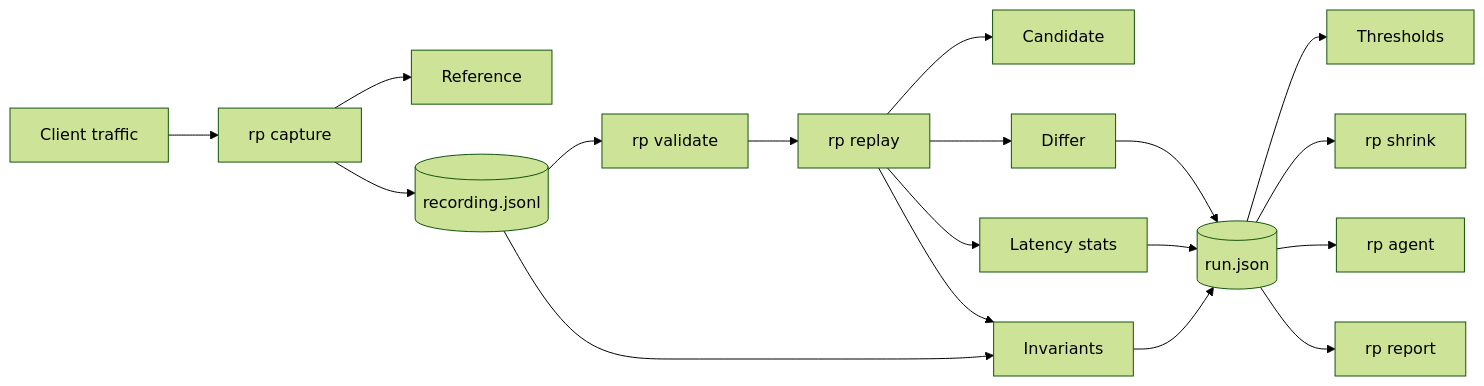
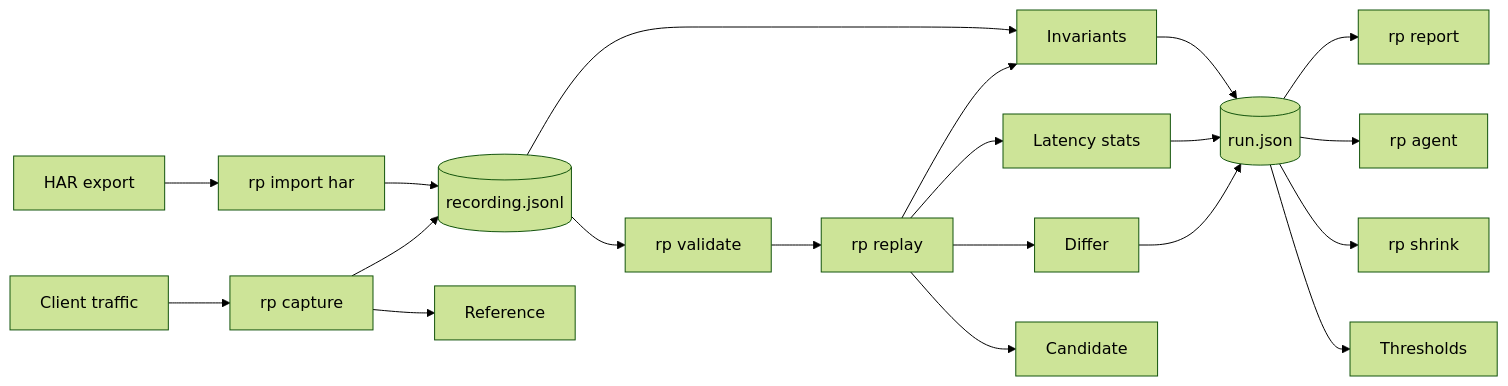
The diagram in README.md (lostmineinteractive/replay-parity), drawn with Mermaid (forest theme) before and after one commit. The commit also changed other lines of this file and 1 other file, not shown here.

````diff
--- a/README.md
+++ b/README.md
@@ -7,20 +7,22 @@
 ```mermaid
 flowchart LR
   client[Client traffic] --> capture[rp capture]
+  har[HAR export] --> import[rp import har]
+  import --> recording
   capture --> reference[Reference]
   capture --> recording[(recording.jsonl)]
   recording --> validate[rp validate]
   validate --> replay[rp replay]
   replay --> candidate[Candidate]
   replay --> differ[Differ]
   replay --> stats[Latency stats]
   recording --> invariants[Invariants]
   replay --> invariants
   differ --> run[(run.json)]
   stats --> run
   invariants --> run
   run --> thresholds[Thresholds]
   run --> shrink[rp shrink]
   run --> agent[rp agent]
   run --> report[rp report]
 ```
````
